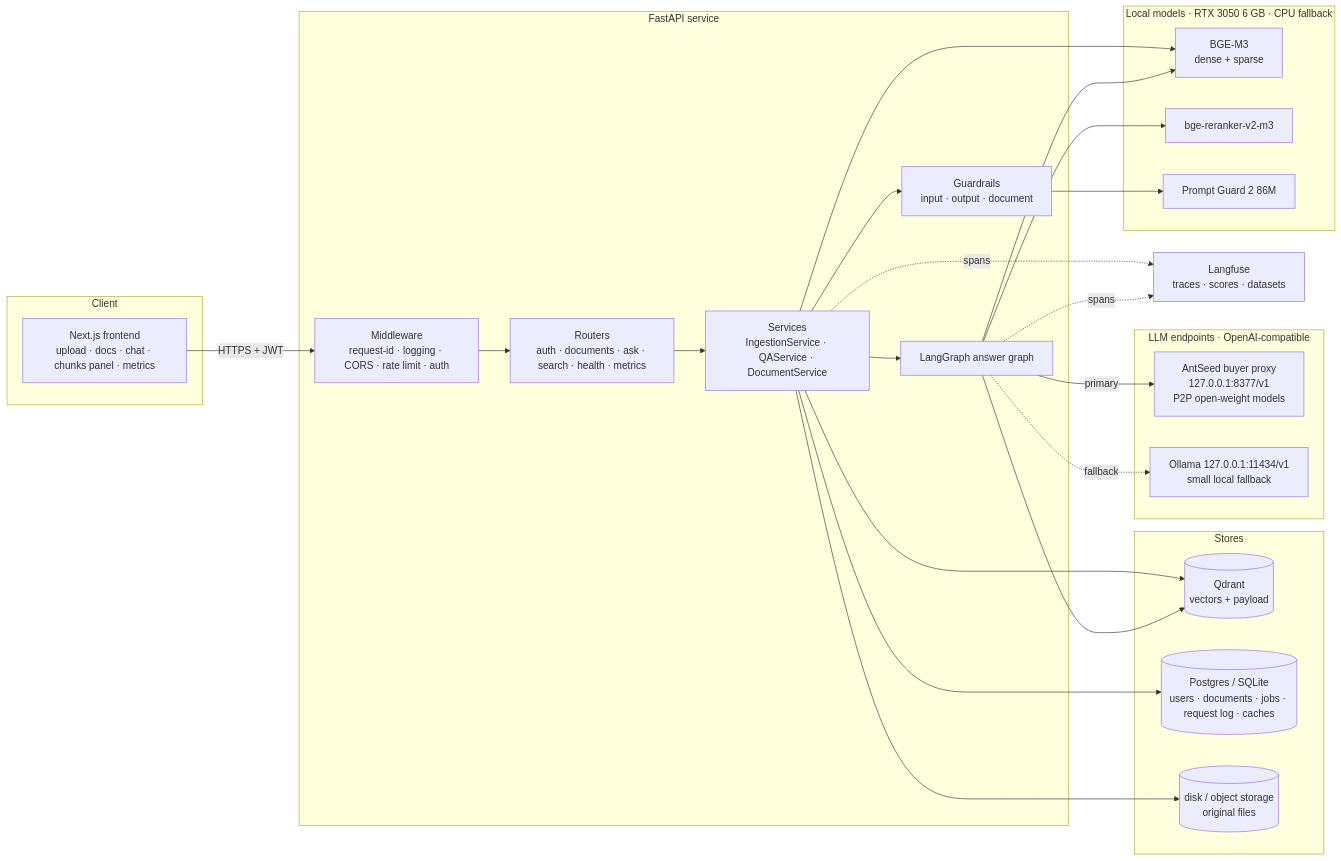
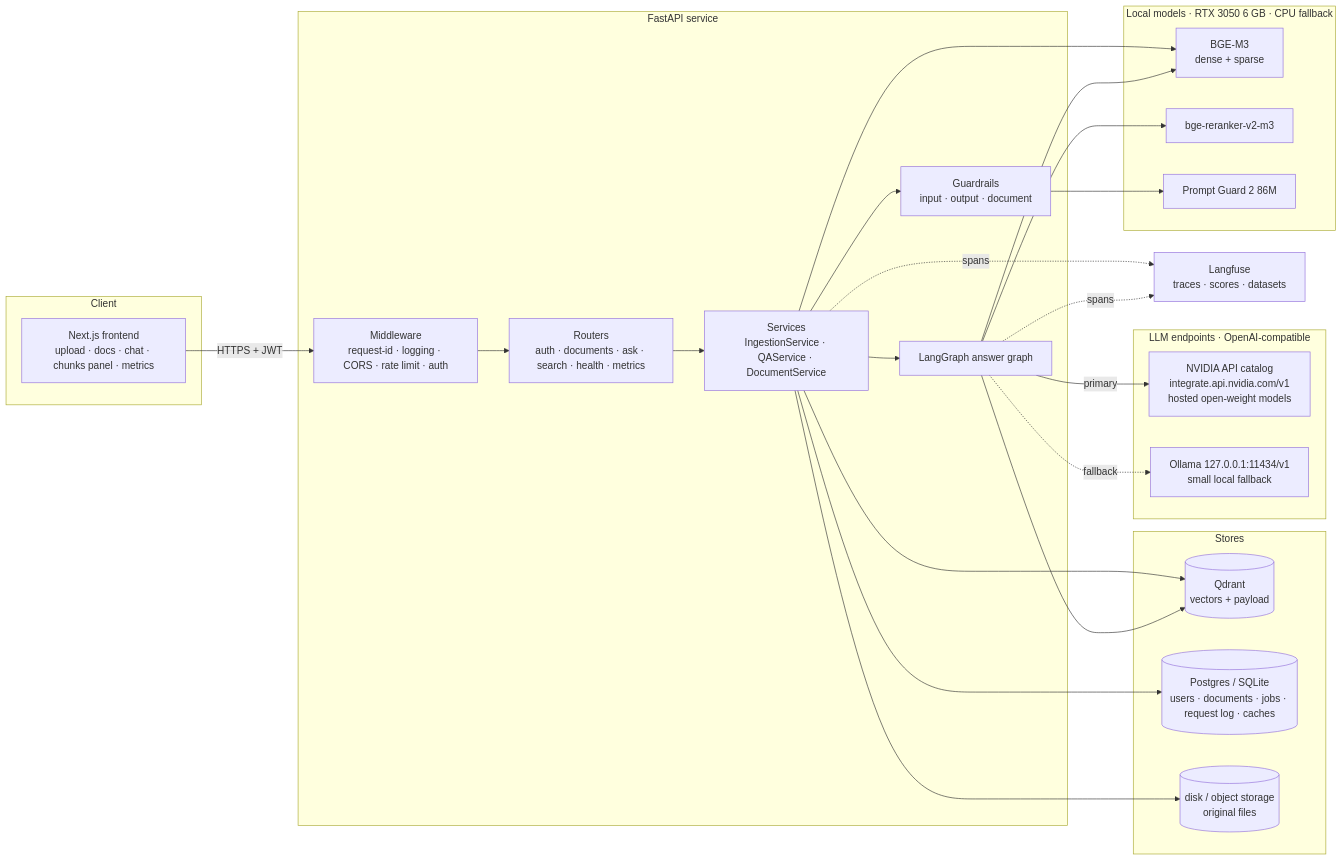
The first of 4 diagrams in PROJECT_BLUEPRINT.md (SarmadRazaq/pakistan-citizen-services-rag), drawn with Mermaid before and after one commit. The commit also changed other lines of this file and 21 other files, not shown here.

First line of the commit message:
feat: switch to NVIDIA API, lock MVP, DB tenant filter, human checklist

````diff
--- a/PROJECT_BLUEPRINT.md
+++ b/PROJECT_BLUEPRINT.md
@@ -91,39 +91,39 @@
 ```mermaid
 flowchart LR
   subgraph Client
     UI[Next.js frontend<br/>upload · docs · chat · chunks panel · metrics]
   end
   subgraph API[FastAPI service]
     MW[Middleware<br/>request-id · logging · CORS · rate limit · auth]
     R[Routers<br/>auth · documents · ask · search · health · metrics]
     S[Services<br/>IngestionService · QAService · DocumentService]
     G[Guardrails<br/>input · output · document]
     LG[LangGraph answer graph]
   end
   subgraph GPU[Local models · RTX 3050 6 GB · CPU fallback]
     EMB[BGE-M3<br/>dense + sparse]
     RR[bge-reranker-v2-m3]
     PG[Prompt Guard 2 86M]
   end
   subgraph LLMs[LLM endpoints · OpenAI-compatible]
-    AS[AntSeed buyer proxy<br/>127.0.0.1:8377/v1<br/>P2P open-weight models]
+    AS[NVIDIA API catalog<br/>integrate.api.nvidia.com/v1<br/>hosted open-weight models]
     OL[Ollama 127.0.0.1:11434/v1<br/>small local fallback]
   end
   subgraph Stores
     Q[(Qdrant<br/>vectors + payload)]
     DB[(Postgres / SQLite<br/>users · documents · jobs · request log · caches)]
     FS[(disk / object storage<br/>original files)]
   end
   LF[Langfuse<br/>traces · scores · datasets]
 
   UI -->|HTTPS + JWT| MW --> R --> S
   S --> G
   S --> LG
   LG --> EMB & RR & Q
   LG -->|primary| AS
   LG -.fallback.-> OL
   S --> EMB & Q & DB & FS
   G --> PG
   LG -.spans.-> LF
   S -.spans.-> LF
 ```
````
